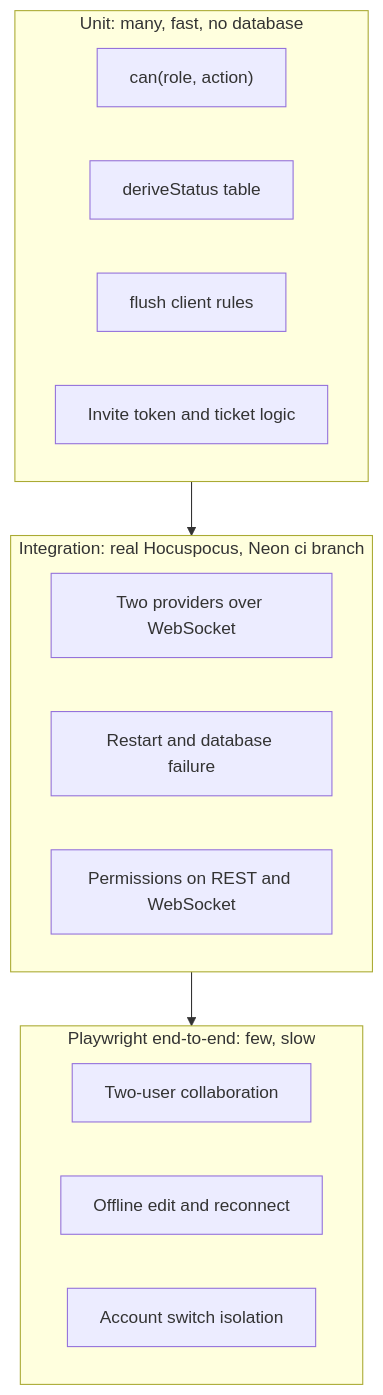
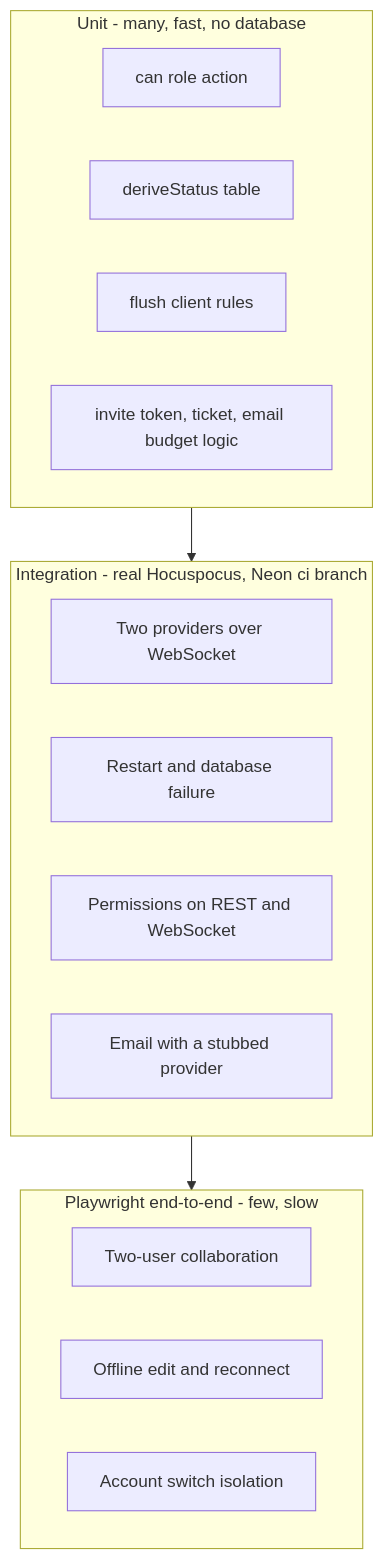
Before and after one commit to syncspace-app/syncspace: diagram 18 of 18 in docs/architecture-lld.md, drawn with Mermaid. The commit also changed other lines of this file and 2 other files, not shown here.

````diff
--- a/docs/architecture-lld.md
+++ b/docs/architecture-lld.md
@@ -848,20 +949,21 @@
 ```mermaid
 flowchart TB
-  subgraph E2E["Playwright end-to-end: few, slow"]
-    E1["Two-user collaboration"]
-    E2["Offline edit and reconnect"]
-    E3["Account switch isolation"]
+  subgraph UN[Unit - many, fast, no database]
+    U1[can role action]
+    U2[deriveStatus table]
+    U3[flush client rules]
+    U4[invite token, ticket, email budget logic]
   end
-  subgraph INT["Integration: real Hocuspocus, Neon ci branch"]
-    I1["Two providers over WebSocket"]
-    I2["Restart and database failure"]
-    I3["Permissions on REST and WebSocket"]
+  subgraph IN[Integration - real Hocuspocus, Neon ci branch]
+    I1[Two providers over WebSocket]
+    I2[Restart and database failure]
+    I3[Permissions on REST and WebSocket]
+    I4[Email with a stubbed provider]
   end
-  subgraph UNIT["Unit: many, fast, no database"]
-    U1["can(role, action)"]
-    U2["deriveStatus table"]
-    U3["flush client rules"]
-    U4["Invite token and ticket logic"]
+  subgraph E2E[Playwright end-to-end - few, slow]
+    E1[Two-user collaboration]
+    E2[Offline edit and reconnect]
+    E3[Account switch isolation]
   end
-  UNIT --> INT --> E2E
+  UN --> IN --> E2E
 ```
````
